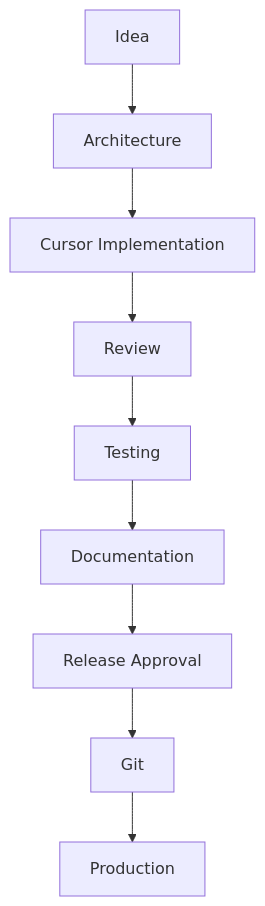
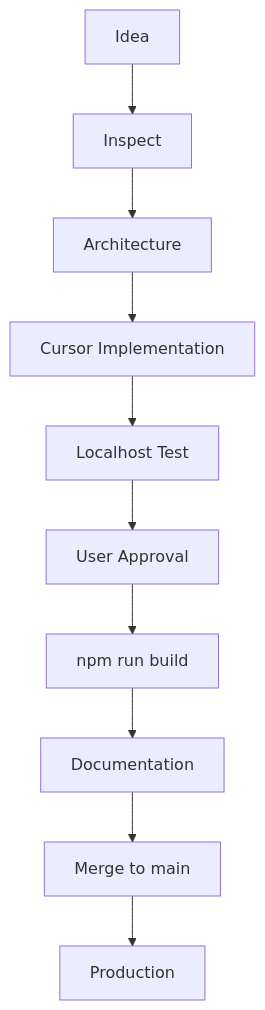
One commit to adminjodiba/immifin changed the diagram in docs/ENGINEERING_PLAYBOOK.md. Above: the diagram before and after it, drawn with Mermaid. The commit also changed other lines of this file and 4 other files, not shown here.

````diff
--- a/docs/ENGINEERING_PLAYBOOK.md
+++ b/docs/ENGINEERING_PLAYBOOK.md
@@ -39,30 +41,33 @@
 ```mermaid
 flowchart TD
 
 Idea
 
+Inspect
+
 Architecture
 
 CursorImplementation["Cursor Implementation"]
 
-Review
+LocalhostTest["Localhost Test"]
 
-Testing
+UserApproval["User Approval"]
+
+BuildGate["npm run build"]
 
 Documentation
 
-ReleaseApproval["Release Approval"]
-
-Git
+MergeMain["Merge to main"]
 
 Production
 
-Idea --> Architecture
+Idea --> Inspect
+Inspect --> Architecture
 Architecture --> CursorImplementation
-CursorImplementation --> Review
-Review --> Testing
-Testing --> Documentation
-Documentation --> ReleaseApproval
-ReleaseApproval --> Git
-Git --> Production
+CursorImplementation --> LocalhostTest
+LocalhostTest --> UserApproval
+UserApproval --> BuildGate
+BuildGate --> Documentation
+Documentation --> MergeMain
+MergeMain --> Production
 ```
````
